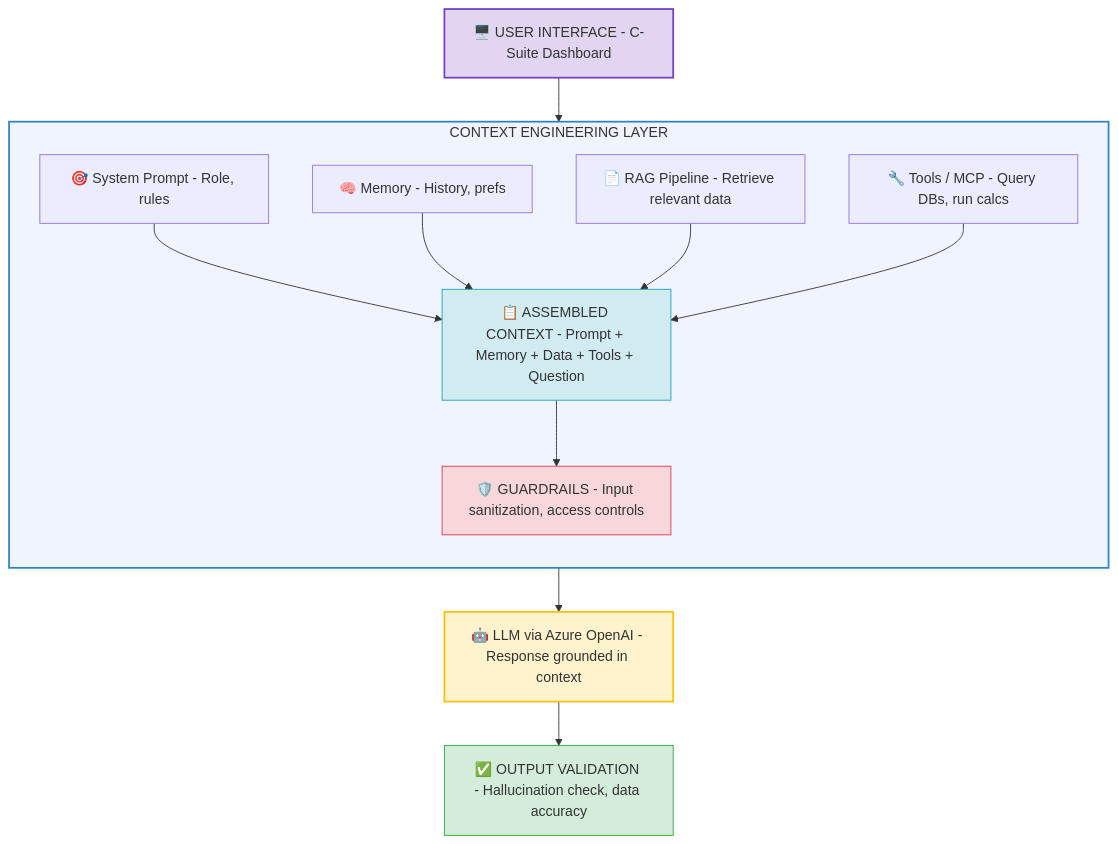
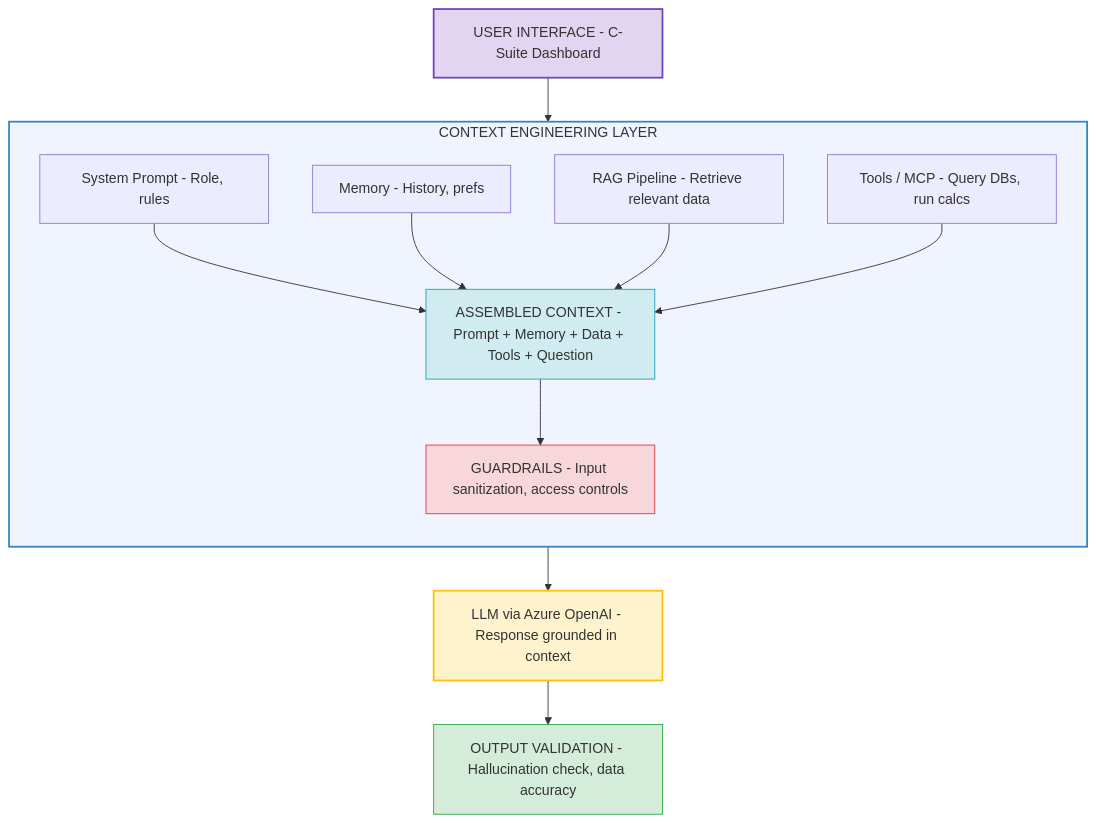
The fourth of 4 diagrams in docs/01-prompt-engineering-to-context-engineering.md (ithinktavo/GenAI-Engineering-Handbook), drawn with Mermaid before and after one commit. The commit also changed other lines of this file and 10 other files, not shown here.

Commit message:
Diagram updates

````diff
--- a/docs/01-prompt-engineering-to-context-engineering.md
+++ b/docs/01-prompt-engineering-to-context-engineering.md
@@ -519,32 +521,32 @@
 ```mermaid
 graph TD
-    UI["🖥️ USER INTERFACE - C-Suite Dashboard"]
+    UI["USER INTERFACE - C-Suite Dashboard"]
 
     UI --> CEL
 
     subgraph CEL["CONTEXT ENGINEERING LAYER"]
         direction TB
-        SP["🎯 System Prompt - Role, rules"]
-        MEM["🧠 Memory - History, prefs"]
-        RAGP["📄 RAG Pipeline - Retrieve relevant data"]
-        MCP["🔧 Tools / MCP - Query DBs, run calcs"]
+        SP["System Prompt - Role, rules"]
+        MEM["Memory - History, prefs"]
+        RAGP["RAG Pipeline - Retrieve relevant data"]
+        MCP["Tools / MCP - Query DBs, run calcs"]
 
         SP --> ASM
         MEM --> ASM
         RAGP --> ASM
         MCP --> ASM
 
-        ASM["📋 ASSEMBLED CONTEXT - Prompt + Memory + Data + Tools + Question"]
-        ASM --> GR["🛡️ GUARDRAILS - Input sanitization, access controls"]
+        ASM["ASSEMBLED CONTEXT - Prompt + Memory + Data + Tools + Question"]
+        ASM --> GR["GUARDRAILS - Input sanitization, access controls"]
     end
 
-    GR --> LLM["🤖 LLM via Azure OpenAI - Response grounded in context"]
-    LLM --> OUT["✅ OUTPUT VALIDATION - Hallucination check, data accuracy"]
+    GR --> LLM["LLM via Azure OpenAI - Response grounded in context"]
+    LLM --> OUT["OUTPUT VALIDATION - Hallucination check, data accuracy"]
 
     style UI fill:#e2d5f1,stroke:#6f42c1,stroke-width:2px
     style CEL fill:#f0f4ff,stroke:#2E86C1,stroke-width:2px
     style ASM fill:#d1ecf1,stroke:#17a2b8
     style GR fill:#f8d7da,stroke:#dc3545
     style LLM fill:#fff3cd,stroke:#ffc107,stroke-width:2px
     style OUT fill:#d4edda,stroke:#28a745
 ```
````
